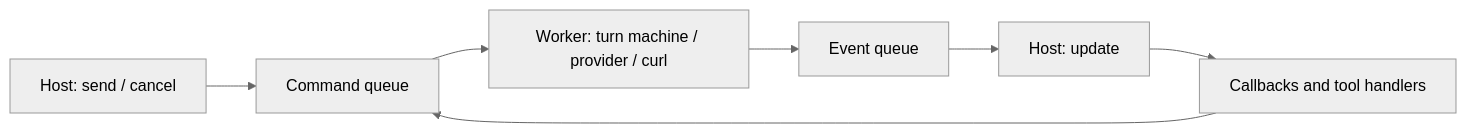
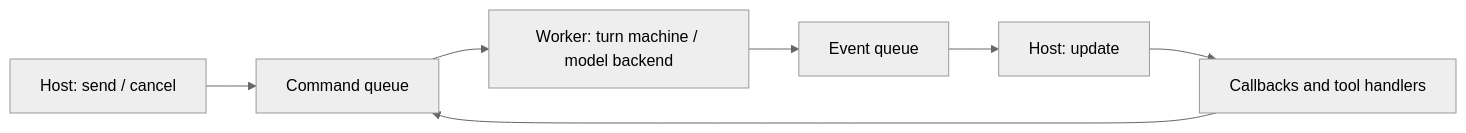
The diagram in docs/architecture.md (crybo-rybo/scry), drawn with Mermaid (neutral theme) before and after one commit. The commit also changed other lines of this file and 14 other files, not shown here.

First line of the commit message:
refactor(runtime): drive the worker through a ModelBackend seam

````diff
--- a/docs/architecture.md
+++ b/docs/architecture.md
@@ -52,9 +53,9 @@
 ```mermaid
 flowchart LR
     App["Host: send / cancel"] --> Commands["Command queue"]
-    Commands --> Worker["Worker: turn machine / provider / curl"]
+    Commands --> Worker["Worker: turn machine / model backend"]
     Worker --> Events["Event queue"]
     Events --> Pump["Host: update"]
     Pump --> Callbacks["Callbacks and tool handlers"]
     Callbacks --> Commands
 ```
````
